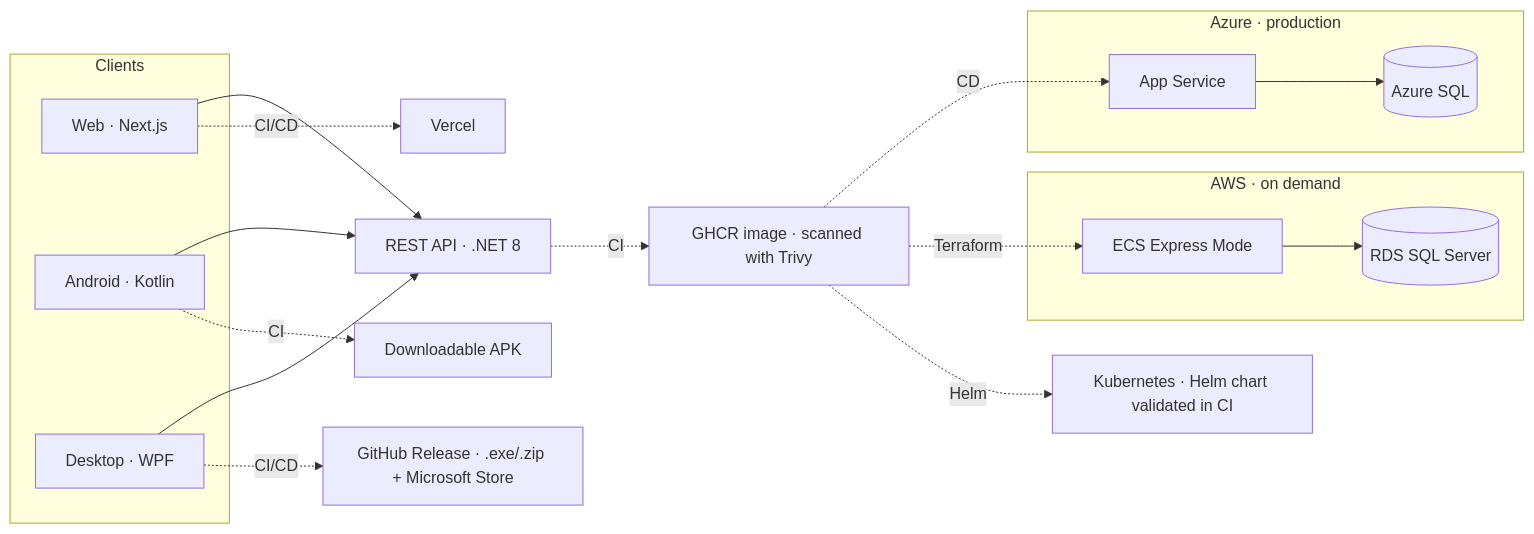
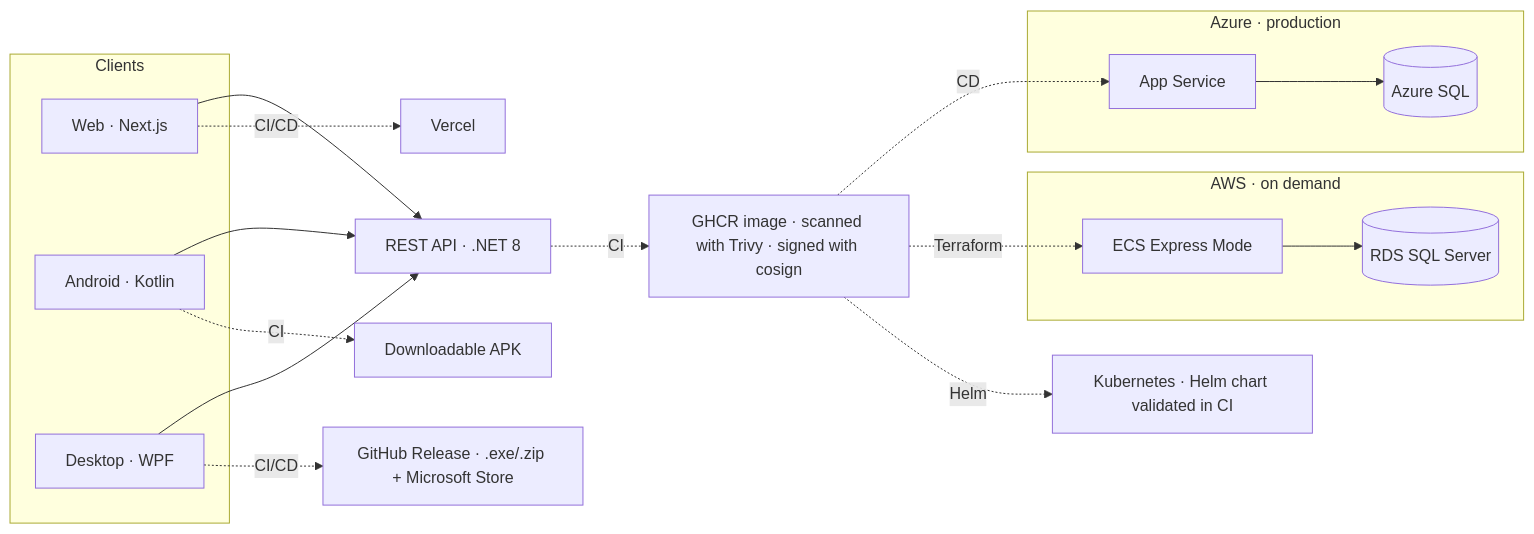
Before and after one commit to antonicr1986/antonicr1986: the first of 2 diagrams in README.md, drawn with Mermaid. The commit also changed other lines of this file, not shown here.

Commit message:
docs: add image signing, SBOM, branch rulesets and security policy to profile

````diff
--- a/README.md
+++ b/README.md
@@ -53,34 +53,34 @@
 ```mermaid
 flowchart LR
     subgraph Clients
         WEB[Web · Next.js]
         AND[Android · Kotlin]
         DESK[Desktop · WPF]
     end
 
     API[REST API · .NET 8]
 
     subgraph AZURE[Azure · production]
         AZ[App Service]
         DB[(Azure SQL)]
     end
 
     subgraph AWSC[AWS · on demand]
         ECS[ECS Express Mode]
         RDS[(RDS SQL Server)]
     end
 
     WEB --> API
     AND --> API
     DESK --> API
     AZ --> DB
     ECS --> RDS
 
-    API -. CI .-> GHCR[GHCR image · scanned with Trivy]
+    API -. CI .-> GHCR[GHCR image · scanned with Trivy · signed with cosign]
     GHCR -. CD .-> AZ
     GHCR -. Terraform .-> ECS
     WEB -. CI/CD .-> VER[Vercel]
     AND -. CI .-> APK[Downloadable APK]
     DESK -. CI/CD .-> REL[GitHub Release · .exe/.zip + Microsoft Store]
     GHCR -. Helm .-> K8S[Kubernetes · Helm chart validated in CI]
 ```
````
